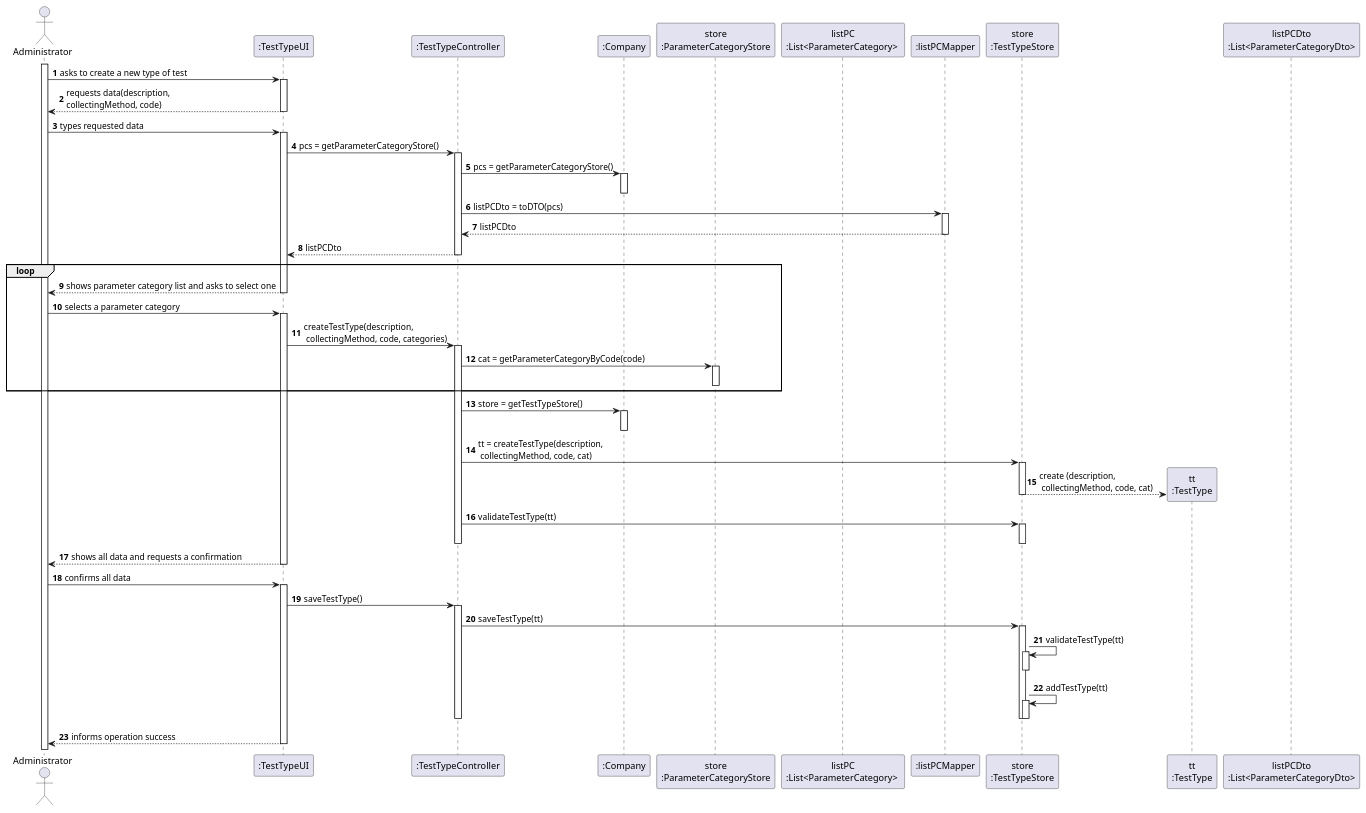
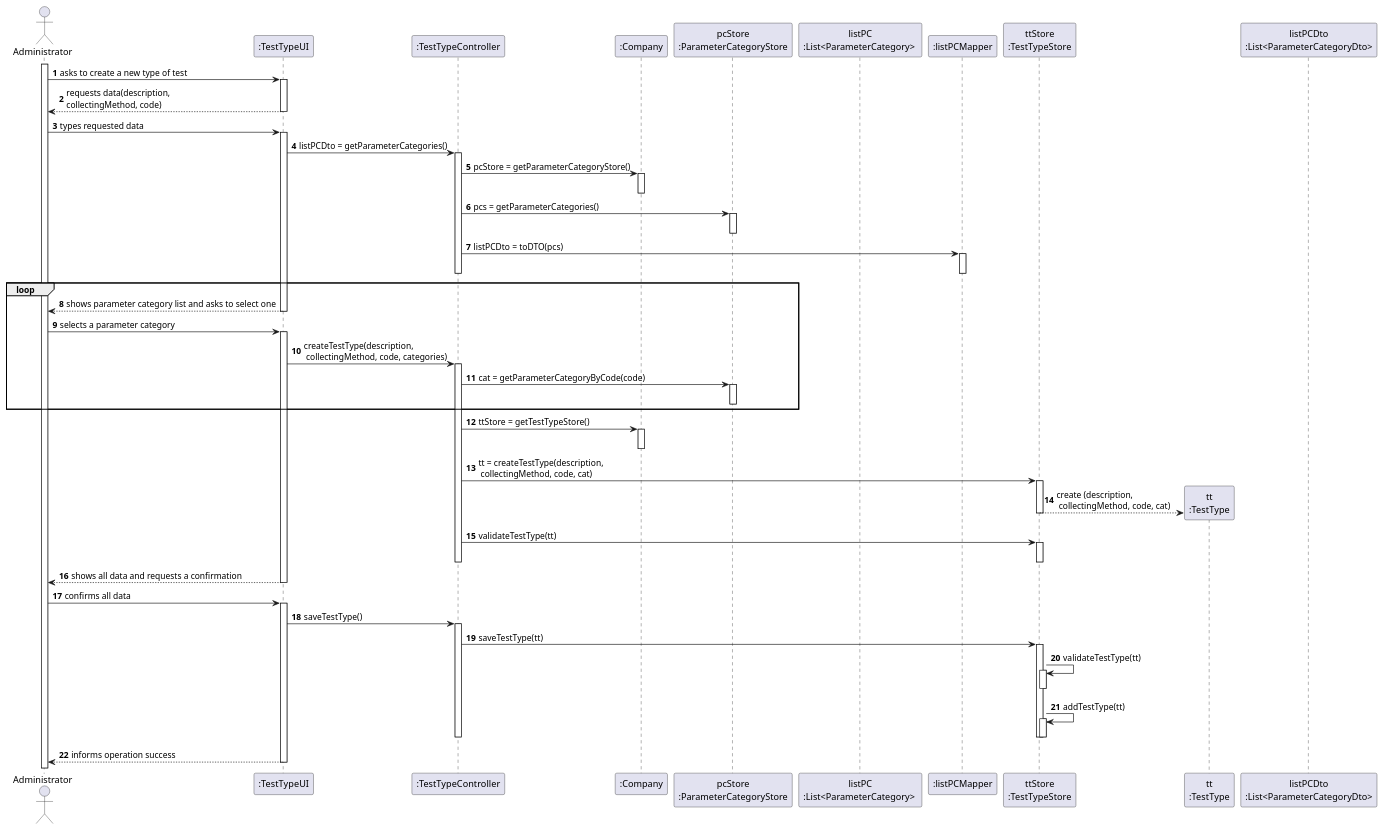
The diagram in docs/SprintC/US9_CreateTestType/SD.puml (Pedromaia26/LAPR2-ISEP), drawn with PlantUML before and after one commit. The commit also changed 3 other files, not shown here.

```diff
--- a/docs/SprintC/US9_CreateTestType/SD.puml
+++ b/docs/SprintC/US9_CreateTestType/SD.puml
@@ -1,84 +1,84 @@
 @startuml
 actor Administrator as Adm
 participant ":TestTypeUI" as UI
 participant ":TestTypeController" as TTC
 participant ":Company" as ML
-participant "store\n:ParameterCategoryStore" as PCS
+participant "pcStore\n:ParameterCategoryStore" as PCS
 participant "listPC\n:List<ParameterCategory> " as LPC
 participant ":listPCMapper" as MAP
-participant "store\n:TestTypeStore" as TTS
+participant "ttStore\n:TestTypeStore" as TTS
 participant "tt\n:TestType" as TT
 participant "listPCDto\n:List<ParameterCategoryDto>" as DTO
 autonumber
 
 
 activate Adm
 Adm -> UI: asks to create a new type of test
 activate UI
 UI --> Adm: requests data(description, \ncollectingMethod, code)
 deactivate UI
 
 
 Adm -> UI: types requested data
 activate UI
-UI->TTC: pcs = getParameterCategoryStore()
+UI->TTC: listPCDto = getParameterCategories()
 activate TTC
-TTC->ML: pcs = getParameterCategoryStore()
+TTC->ML: pcStore = getParameterCategoryStore()
 activate ML
+deactivate ML
+TTC -> PCS: pcs = getParameterCategories()
+activate PCS
+deactivate PCS
+TTC -> MAP: listPCDto = toDTO(pcs)
+activate MAP
+deactivate MAP
 
-deactivate ML
-    TTC -> MAP: listPCDto = toDTO(pcs)
-activate MAP
-
-MAP --> TTC: listPCDto
-deactivate MAP
-TTC --> UI: listPCDto
 deactivate TTC
 loop
 UI --> Adm: shows parameter category list and asks to select one
 deactivate UI
 
 
 Adm -> UI: selects a parameter category
 activate UI
 UI -> TTC: createTestType(description, \n collectingMethod, code, categories)
 activate TTC
 TTC -> PCS: cat = getParameterCategoryByCode(code)
 activate PCS
 deactivate PCS
 end
-TTC -> ML: store = getTestTypeStore()
+TTC -> ML: ttStore = getTestTypeStore()
 activate ML
 deactivate ML
 TTC -> TTS: tt = createTestType(description, \n collectingMethod, code, cat)
 activate TTS
 TTS --> TT**: create (description, \n collectingMethod, code, cat)
 deactivate TTS
 TTC -> TTS: validateTestType(tt)
 activate TTS
 deactivate TTS
 deactivate TTC
 UI --> Adm: shows all data and requests a confirmation
 deactivate ML
 deactivate UI
 
 
 Adm -> UI: confirms all data
 activate UI
 UI -> TTC: saveTestType()
 activate TTC
 TTC -> TTS: saveTestType(tt)
 activate TTS
 TTS -> TTS: validateTestType(tt)
 activate TTS
 deactivate TTS
 TTS -> TTS: addTestType(tt)
 activate TTS
 deactivate TTS
 deactivate TTC
 deactivate TTS
 UI --> Adm: informs operation success
 deactivate UI
 
 
 @enduml
```
